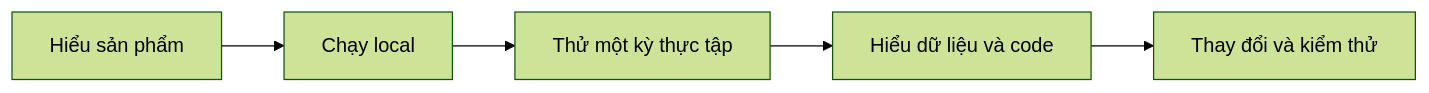
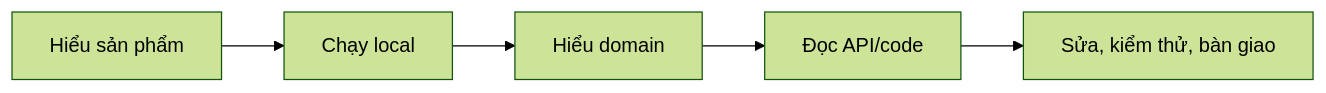
The diagram in docs/README.md (vanhoi04082006-pixel/V-Intern-BE), drawn with Mermaid (forest theme) before and after one commit. The commit also changed other lines of this file and 23 other files, not shown here.

````diff
--- a/docs/README.md
+++ b/docs/README.md
@@ -16,7 +11,7 @@
 ```mermaid
 flowchart LR
   A[Hiểu sản phẩm] --> B[Chạy local]
-  B --> C[Thử một kỳ thực tập]
-  C --> D[Hiểu dữ liệu và code]
-  D --> E[Thay đổi và kiểm thử]
+  B --> C[Hiểu domain]
+  C --> D[Đọc API/code]
+  D --> E[Sửa, kiểm thử, bàn giao]
 ```
````
